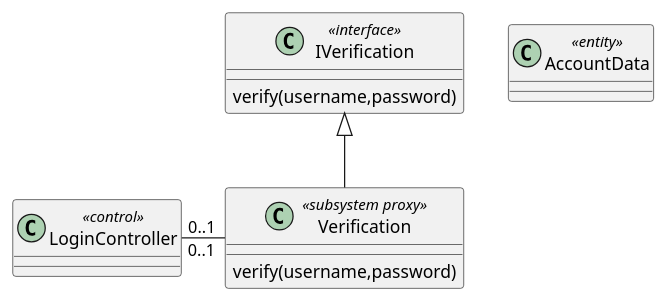
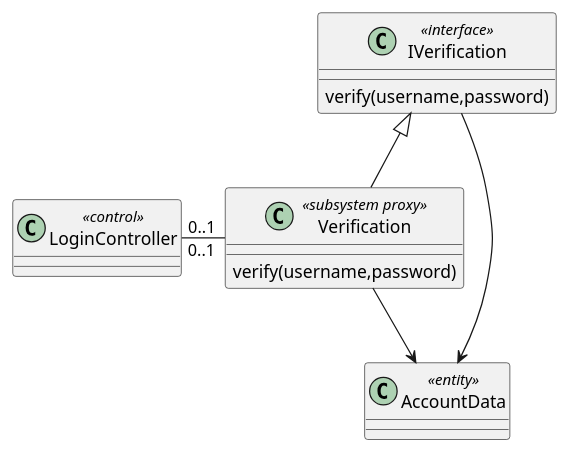
Before and after one commit to McSinyx/ipppi: the diagram in source/solution/design-elements.rst, drawn with PlantUML. The commit also changed other lines of this file, not shown here.

```diff
--- a/source/solution/design-elements.rst
+++ b/source/solution/design-elements.rst
@@ -8,16 +8,18 @@
 .. uml::
 
   class LoginController<<control>>
     
   class IVerification<<interface>>
   {
   verify(username,password)
   }
     
   class Verification<<subsystem proxy>> extends IVerification {
   verify(username,password)
   }
   
   class AccountData <<entity>>
     
   LoginController "0..1" - "0..1" Verification
+  IVerification --> AccountData
+  Verification --> AccountData
```
